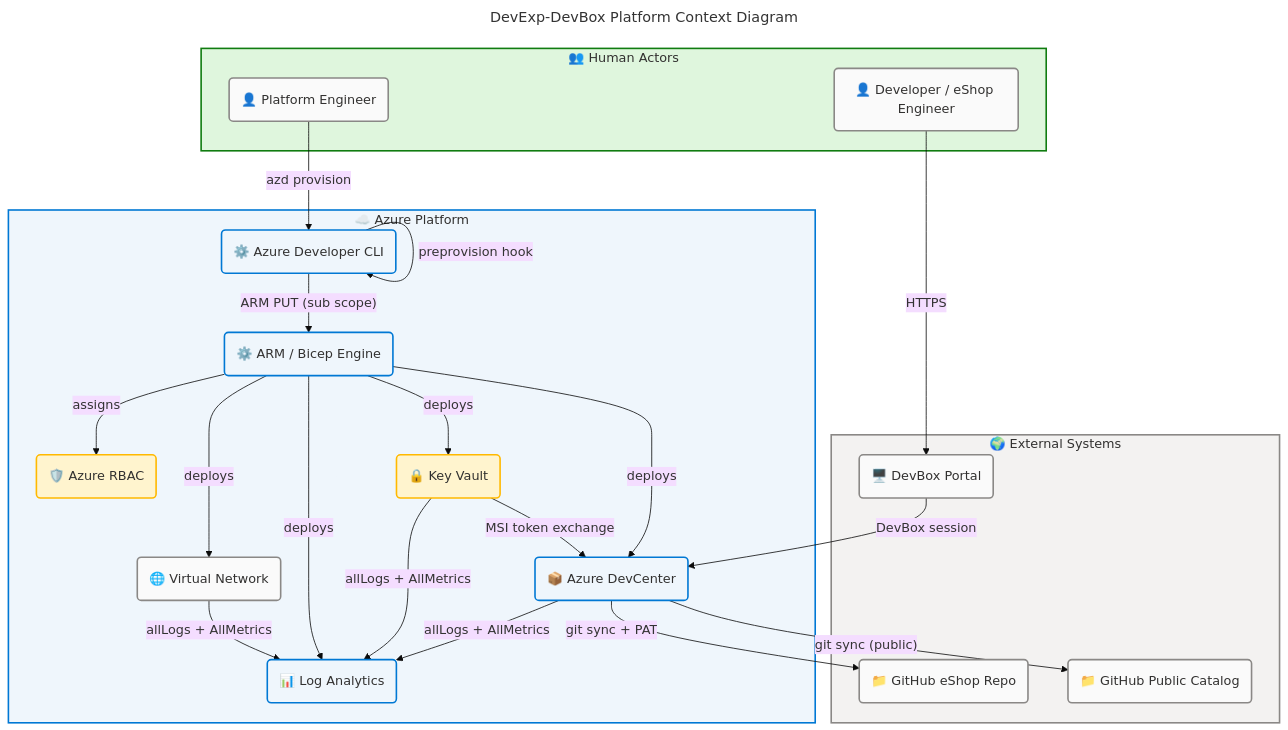
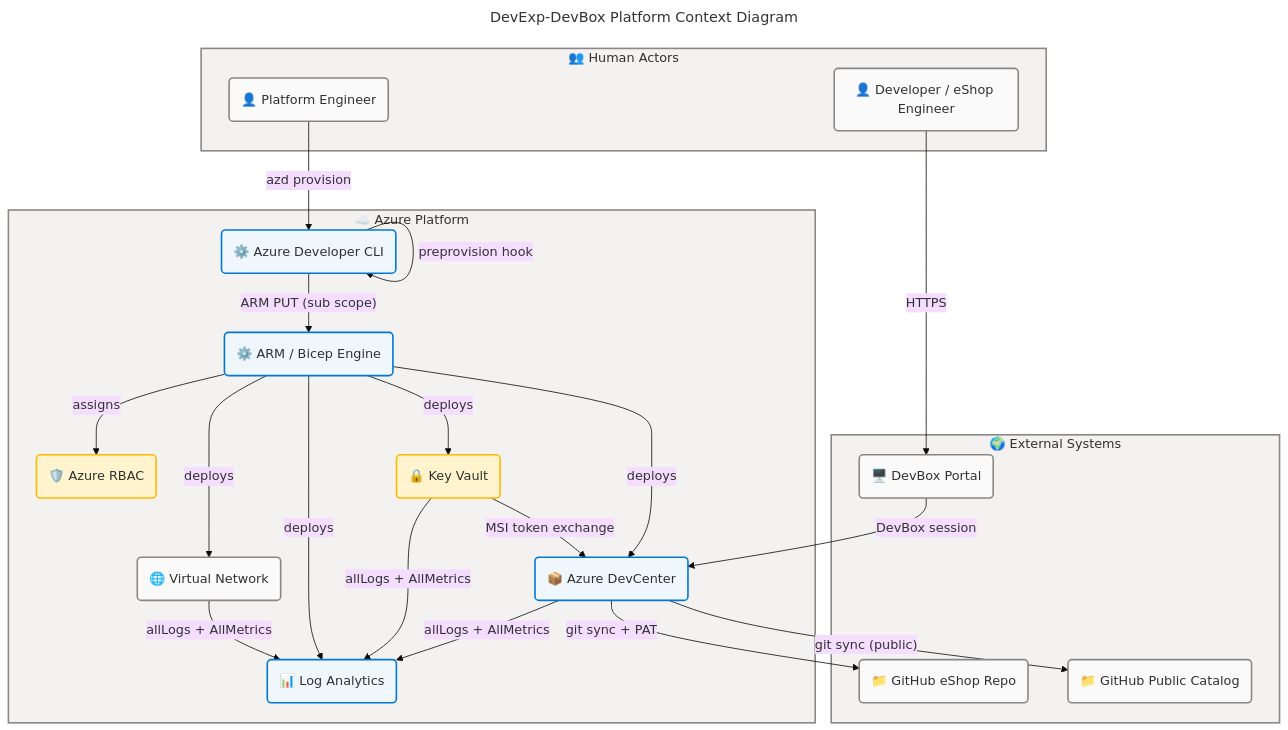
One commit to Evilazaro/DevExp-DevBox changed the first of 7 diagrams in docs/architecture/application-architecture.md. Above: the diagram before and after it, drawn with Mermaid. The commit also changed other lines of this file, not shown here.

Commit message:
refactor: Update diagram styles for improved visual consistency across application architecture

````diff
--- a/docs/architecture/application-architecture.md
+++ b/docs/architecture/application-architecture.md
@@ -86,73 +86,73 @@
 ```mermaid
 ---
 title: "DevExp-DevBox Platform Context Diagram"
 config:
   theme: base
   look: classic
   layout: dagre
   themeVariables:
     fontSize: '16px'
   flowchart:
     htmlLabels: true
 ---
 flowchart TB
     accTitle: DevExp-DevBox Platform Context Diagram
     accDescr: C4-style context diagram showing platform actors, Azure services, and external systems
 
 %% ═══════════════════════════════════════════════════════════════════════════
 %% AZURE / FLUENT ARCHITECTURE PATTERN v1.1
 %% (Semantic + Structural + Font + Accessibility Governance)
 %% ═══════════════════════════════════════════════════════════════════════════
 %% PHASE 1 - FLUENT UI: All styling uses approved Fluent UI palette only
 %% PHASE 2 - GROUPS: Every subgraph has semantic color via style directive
 %% PHASE 3 - COMPONENTS: Every node has semantic classDef + icon prefix
 %% PHASE 4 - ACCESSIBILITY: accTitle/accDescr present, WCAG AA contrast
 %% PHASE 5 - STANDARD: Governance block present, classDefs centralized
 %% ═══════════════════════════════════════════════════════════════════════════
 
     subgraph Actors["👥 Human Actors"]
         PlatEng("👤 Platform Engineer"):::neutral
         DevEng("👤 Developer / eShop Engineer"):::neutral
     end
 
     subgraph AzurePlatform["☁️ Azure Platform"]
         AZDtool("⚙️ Azure Developer CLI"):::core
         ARMeng("⚙️ ARM / Bicep Engine"):::core
         DCsvc("📦 Azure DevCenter"):::core
         KVsvc("🔒 Key Vault"):::warning
         LAsvc("📊 Log Analytics"):::core
         VNetsvc("🌐 Virtual Network"):::neutral
         RBACsvc("🛡️ Azure RBAC"):::warning
     end
 
     subgraph ExtSystems["🌍 External Systems"]
         GHPub("📁 GitHub Public Catalog"):::neutral
         GHPriv("📁 GitHub eShop Repo"):::neutral
         DevPortal("🖥️ DevBox Portal"):::neutral
     end
 
     PlatEng -->|"azd provision"| AZDtool
     AZDtool -->|"preprovision hook"| AZDtool
     AZDtool -->|"ARM PUT (sub scope)"| ARMeng
     ARMeng -->|"deploys"| DCsvc
     ARMeng -->|"deploys"| KVsvc
     ARMeng -->|"deploys"| LAsvc
     ARMeng -->|"deploys"| VNetsvc
     ARMeng -->|"assigns"| RBACsvc
     DCsvc -->|"git sync (public)"| GHPub
     DCsvc -->|"git sync + PAT"| GHPriv
     KVsvc -->|"MSI token exchange"| DCsvc
     DCsvc -->|"allLogs + AllMetrics"| LAsvc
     KVsvc -->|"allLogs + AllMetrics"| LAsvc
     VNetsvc -->|"allLogs + AllMetrics"| LAsvc
     DevEng -->|"HTTPS"| DevPortal
     DevPortal -->|"DevBox session"| DCsvc
 
-    style Actors fill:#DFF6DD,stroke:#107C10,stroke-width:2px,color:#323130
-    style AzurePlatform fill:#EFF6FC,stroke:#0078D4,stroke-width:2px,color:#323130
+    style Actors fill:#F3F2F1,stroke:#8A8886,stroke-width:2px,color:#323130
+    style AzurePlatform fill:#F3F2F1,stroke:#8A8886,stroke-width:2px,color:#323130
     style ExtSystems fill:#F3F2F1,stroke:#8A8886,stroke-width:2px,color:#323130
 
     classDef neutral fill:#FAFAFA,stroke:#8A8886,stroke-width:2px,color:#323130
     classDef core fill:#EFF6FC,stroke:#0078D4,stroke-width:2px,color:#323130
     classDef warning fill:#FFF4CE,stroke:#FFB900,stroke-width:2px,color:#323130
 ```
````
